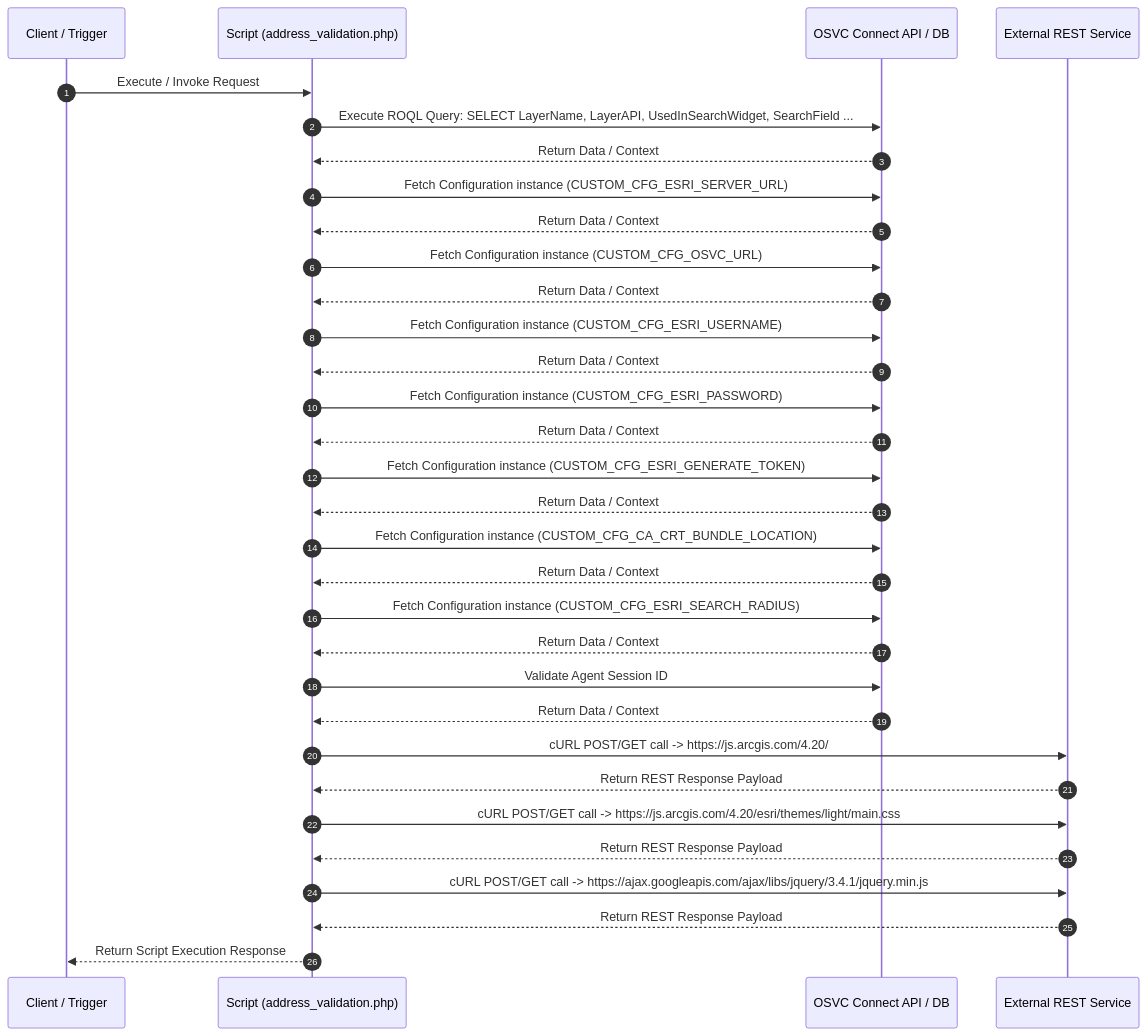
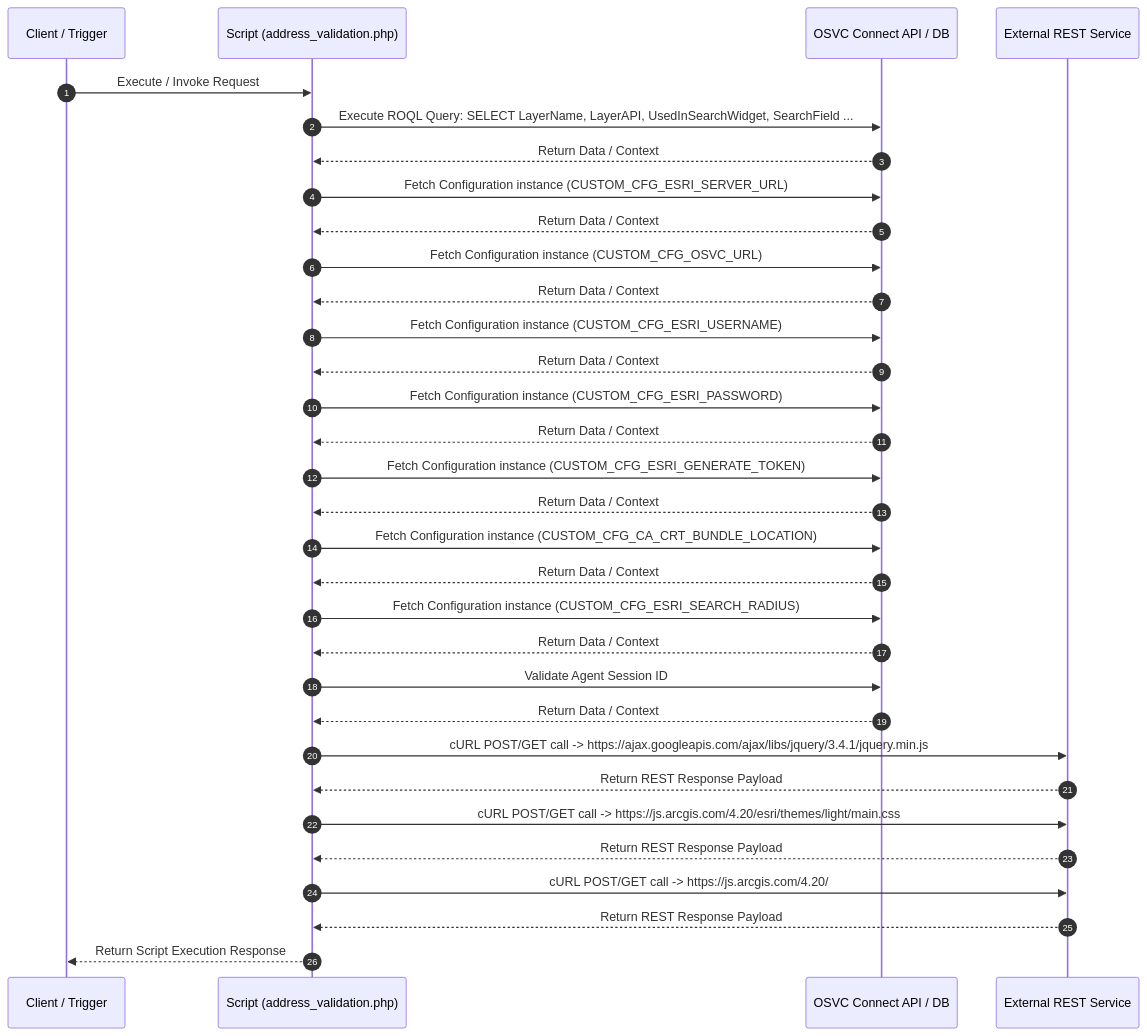
Before and after one commit to SujalMatolia0/Config_Migration: the diagram in results/scripts/report_address_validation.php.md, drawn with Mermaid. The commit also changed other lines of this file and 26 other files, not shown here.

````diff
--- a/results/scripts/report_address_validation.php.md
+++ b/results/scripts/report_address_validation.php.md
@@ -62,34 +62,34 @@
 ```mermaid
 sequenceDiagram
   autonumber
   participant Client as Client / Trigger
   participant Script as Script (address_validation.php)
   participant OSVC as OSVC Connect API / DB
   participant REST as External REST Service
   Client->>Script: Execute / Invoke Request
   Script->>OSVC: Execute ROQL Query: SELECT LayerName, LayerAPI, UsedInSearchWidget, SearchField ...
   OSVC-->>Script: Return Data / Context
   Script->>OSVC: Fetch Configuration instance (CUSTOM_CFG_ESRI_SERVER_URL)
   OSVC-->>Script: Return Data / Context
   Script->>OSVC: Fetch Configuration instance (CUSTOM_CFG_OSVC_URL)
   OSVC-->>Script: Return Data / Context
   Script->>OSVC: Fetch Configuration instance (CUSTOM_CFG_ESRI_USERNAME)
   OSVC-->>Script: Return Data / Context
   Script->>OSVC: Fetch Configuration instance (CUSTOM_CFG_ESRI_PASSWORD)
   OSVC-->>Script: Return Data / Context
   Script->>OSVC: Fetch Configuration instance (CUSTOM_CFG_ESRI_GENERATE_TOKEN)
   OSVC-->>Script: Return Data / Context
   Script->>OSVC: Fetch Configuration instance (CUSTOM_CFG_CA_CRT_BUNDLE_LOCATION)
   OSVC-->>Script: Return Data / Context
   Script->>OSVC: Fetch Configuration instance (CUSTOM_CFG_ESRI_SEARCH_RADIUS)
   OSVC-->>Script: Return Data / Context
   Script->>OSVC: Validate Agent Session ID
   OSVC-->>Script: Return Data / Context
-  Script->>REST: cURL POST/GET call -> https://js.arcgis.com/4.20/
+  Script->>REST: cURL POST/GET call -> https://ajax.googleapis.com/ajax/libs/jquery/3.4.1/jquery.min.js
   REST-->>Script: Return REST Response Payload
   Script->>REST: cURL POST/GET call -> https://js.arcgis.com/4.20/esri/themes/light/main.css
   REST-->>Script: Return REST Response Payload
-  Script->>REST: cURL POST/GET call -> https://ajax.googleapis.com/ajax/libs/jquery/3.4.1/jquery.min.js
+  Script->>REST: cURL POST/GET call -> https://js.arcgis.com/4.20/
   REST-->>Script: Return REST Response Payload
   Script-->>Client: Return Script Execution Response
 ```
````
